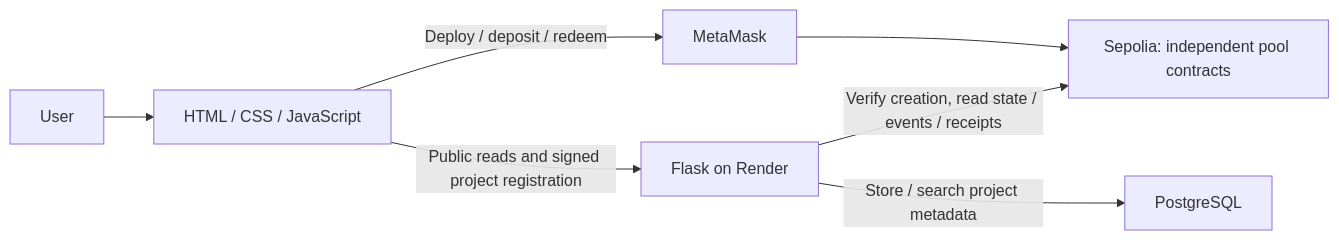
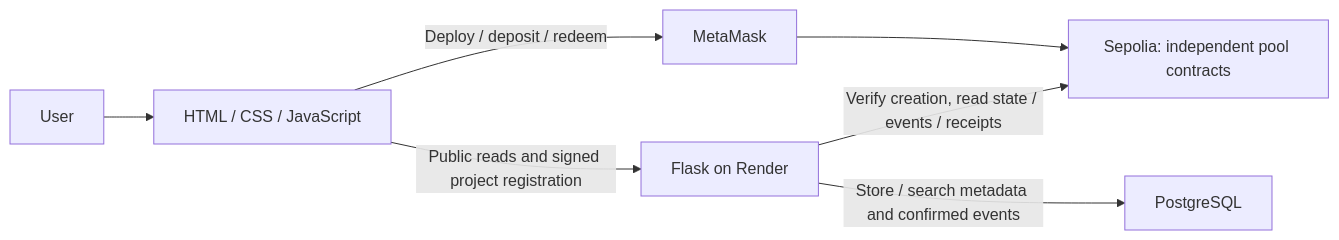
One commit to Stevenhh7/SC6113-Developemnt-CourseWork changed the diagram in docs/ARCHITECTURE.md. Above: the diagram before and after it, drawn with Mermaid. The commit also changed other lines of this file and 21 other files, not shown here.

```diff
--- a/docs/ARCHITECTURE.md
+++ b/docs/ARCHITECTURE.md
@@ -5,9 +5,9 @@
 ~~~mermaid
 flowchart LR
     U[User] --> UI[HTML / CSS / JavaScript]
     UI -->|Deploy / deposit / redeem| M[MetaMask]
     M --> S[Sepolia: independent pool contracts]
     UI -->|Public reads and signed project registration| F[Flask on Render]
     F -->|Verify creation, read state / events / receipts| S
-    F -->|Store / search project metadata| DB[PostgreSQL]
+    F -->|Store / search metadata and confirmed events| DB[PostgreSQL]
 ~~~
```
